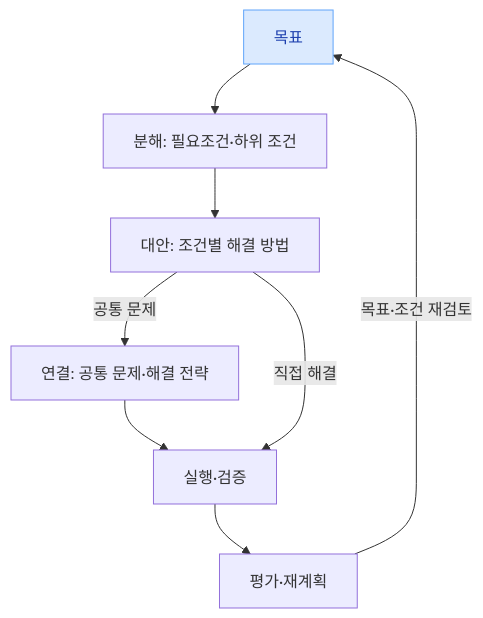
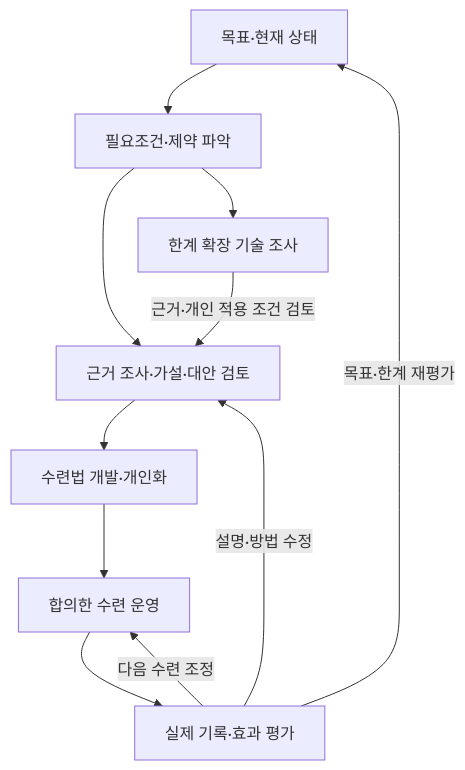
Before and after one commit to Rmayana/frontier-research-harness: the diagram in docs/SPECIFICATION.md, drawn with Mermaid. The commit also changed other lines of this file, not shown here.

````diff
--- a/docs/SPECIFICATION.md
+++ b/docs/SPECIFICATION.md
@@ -497,17 +68,17 @@
 ```mermaid
 flowchart TD
-    A["목표"]
-    B["분해: 필요조건·하위 조건"]
-    C["대안: 조건별 해결 방법"]
-    D["연결: 공통 문제·해결 전략"]
-    E["실행·검증"]
-    F["평가·재계획"]
+    A["목표·현재 상태"]
+    B["필요조건·제약 파악"]
+    C["근거 조사·가설·대안 검토"]
+    D["수련법 개발·개인화"]
+    E["합의한 수련 운영"]
+    F["실제 기록·효과 평가"]
+    T["한계 확장 기술 조사"]
 
-    A --> B --> C
-    C -->|"공통 문제"| D --> E
-    C -->|"직접 해결"| E
-    E --> F
-    F -->|"목표·조건 재검토"| A
-
-    style A fill:#dbeafe,color:#1e40af,stroke:#60a5fa
+    A --> B --> C --> D --> E --> F
+    F -->|"다음 수련 조정"| E
+    F -->|"설명·방법 수정"| C
+    F -->|"목표·한계 재평가"| A
+    B --> T
+    T -->|"근거·개인 적용 조건 검토"| C
 ```
````
